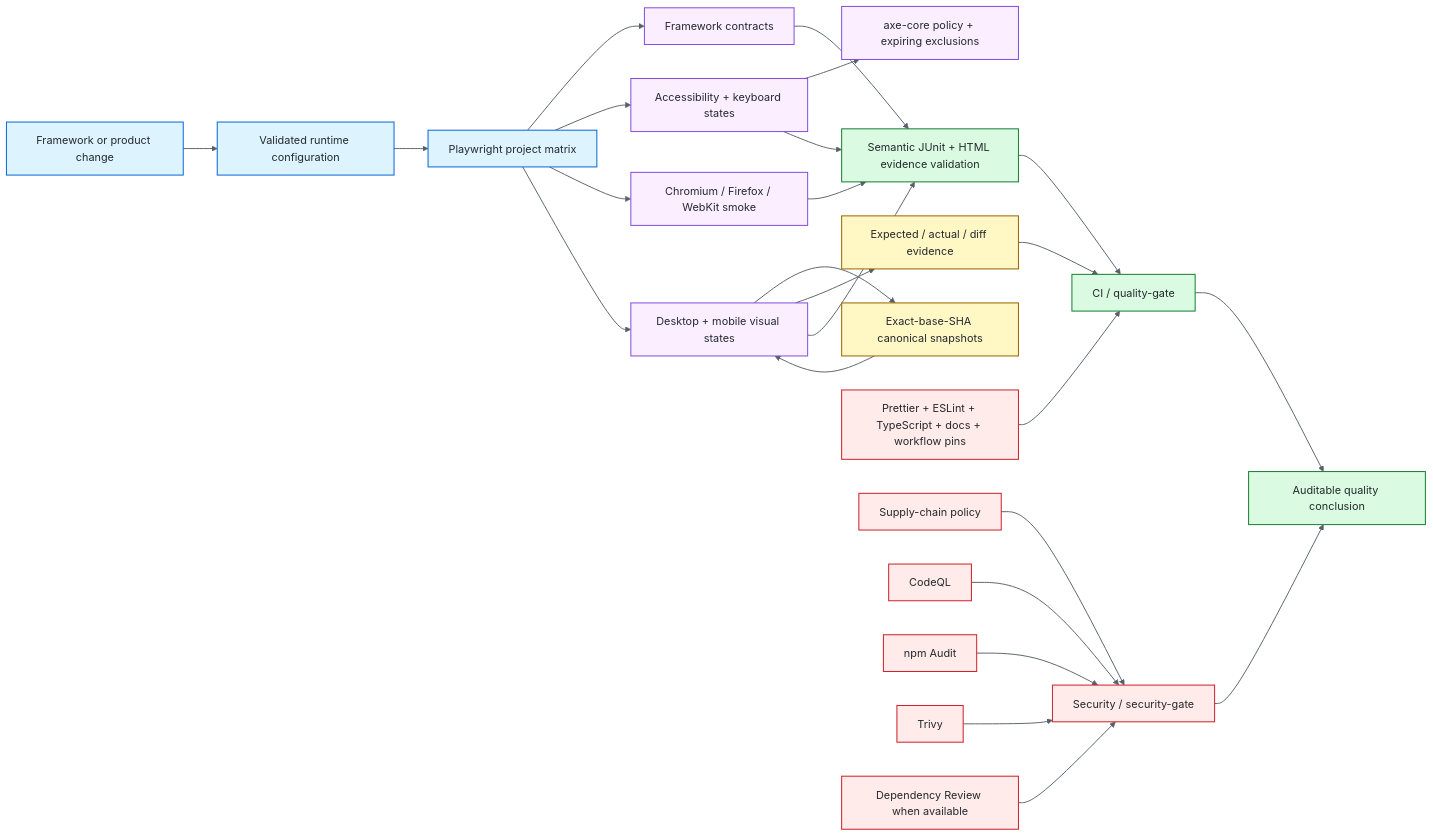
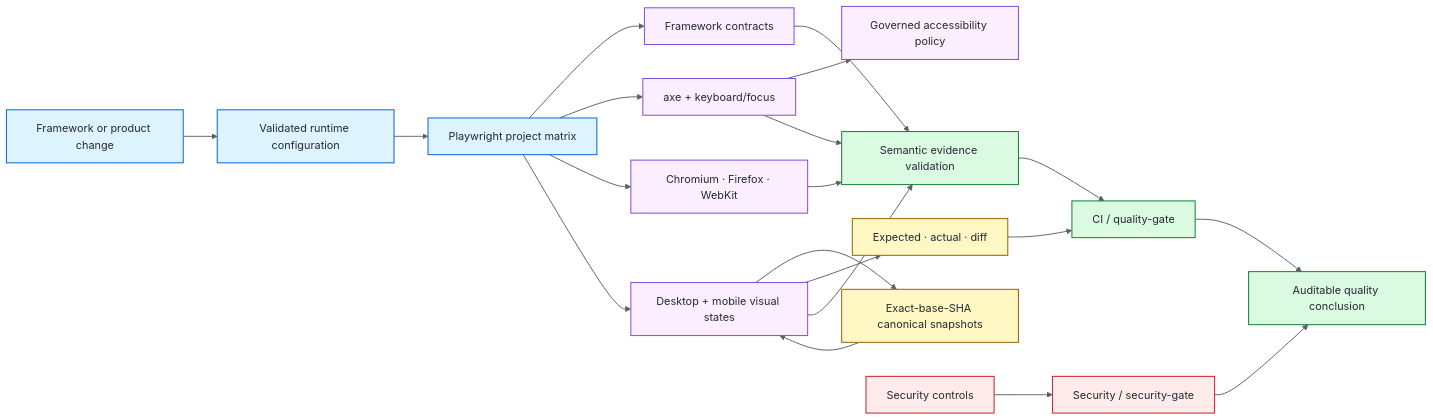
Before and after one commit to portyu9/qa-automation-visual-and-accessibility-playwright-axe: the diagram in README.md, drawn with Mermaid. The commit also changed other lines of this file, not shown here.

Commit message:
docs: streamline visual accessibility main README

````diff
--- a/README.md
+++ b/README.md
@@ -50,45 +40,38 @@
 ```mermaid
 flowchart LR
     CHANGE[Framework or product change] --> CFG[Validated runtime configuration]
     CFG --> PW[Playwright project matrix]
 
     PW --> FW[Framework contracts]
-    PW --> A11Y[Accessibility + keyboard states]
-    PW --> SMOKE[Chromium / Firefox / WebKit smoke]
+    PW --> A11Y[axe + keyboard/focus]
+    PW --> SMOKE[Chromium · Firefox · WebKit]
     PW --> VISUAL[Desktop + mobile visual states]
 
-    A11Y --> AXE[axe-core policy + expiring exclusions]
+    A11Y --> POLICY[Governed accessibility policy]
     VISUAL --> BASE[Exact-base-SHA canonical snapshots]
     BASE --> VISUAL
-    VISUAL --> DIFF[Expected / actual / diff evidence]
+    VISUAL --> DIFF[Expected · actual · diff]
 
-    FW --> EVIDENCE[Semantic JUnit + HTML evidence validation]
+    FW --> EVIDENCE[Semantic evidence validation]
     A11Y --> EVIDENCE
     SMOKE --> EVIDENCE
     VISUAL --> EVIDENCE
 
-    STATIC[Prettier + ESLint + TypeScript + docs + workflow pins] --> QG[CI / quality-gate]
-    EVIDENCE --> QG
+    EVIDENCE --> QG[CI / quality-gate]
     DIFF --> QG
-
-    SUPPLY[Supply-chain policy] --> SG[Security / security-gate]
-    SAST[CodeQL] --> SG
-    AUDIT[npm Audit] --> SG
-    TRIVY[Trivy] --> SG
-    REVIEW[Dependency Review when available] --> SG
-
+    SEC[Security controls] --> SG[Security / security-gate]
     QG --> RESULT[Auditable quality conclusion]
     SG --> RESULT
 
-    classDef entry fill:#ddf4ff,stroke:#0969da,color:#24292f,stroke-width:1.5px;
-    classDef quality fill:#fbefff,stroke:#8250df,color:#24292f,stroke-width:1.5px;
-    classDef baseline fill:#fff8c5,stroke:#9a6700,color:#24292f,stroke-width:1.5px;
-    classDef evidence fill:#dafbe1,stroke:#1a7f37,color:#24292f,stroke-width:1.5px;
-    classDef security fill:#ffebe9,stroke:#cf222e,color:#24292f,stroke-width:1.5px;
+    classDef entry fill:#DDF4FF,stroke:#0969DA,color:#24292F,stroke-width:1.5px;
+    classDef quality fill:#FBEFFF,stroke:#8250DF,color:#24292F,stroke-width:1.5px;
+    classDef baseline fill:#FFF8C5,stroke:#9A6700,color:#24292F,stroke-width:1.5px;
+    classDef evidence fill:#DAFBE1,stroke:#1A7F37,color:#24292F,stroke-width:1.5px;
+    classDef security fill:#FFEBE9,stroke:#CF222E,color:#24292F,stroke-width:1.5px;
     class CHANGE,CFG,PW entry;
-    class FW,A11Y,AXE,SMOKE,VISUAL quality;
+    class FW,A11Y,POLICY,SMOKE,VISUAL quality;
     class BASE,DIFF baseline;
     class EVIDENCE,QG,RESULT evidence;
-    class STATIC,SUPPLY,SAST,AUDIT,TRIVY,REVIEW,SG security;
-    linkStyle default stroke:#57606a,stroke-width:1.4px;
+    class SEC,SG security;
+    linkStyle default stroke:#57606A,stroke-width:1.4px;
 ```
````
